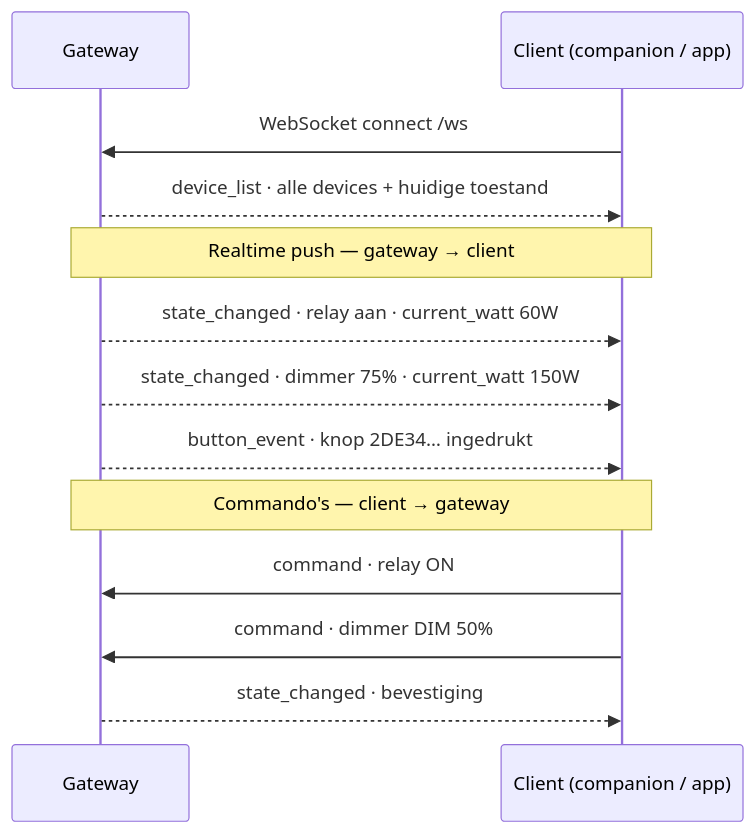
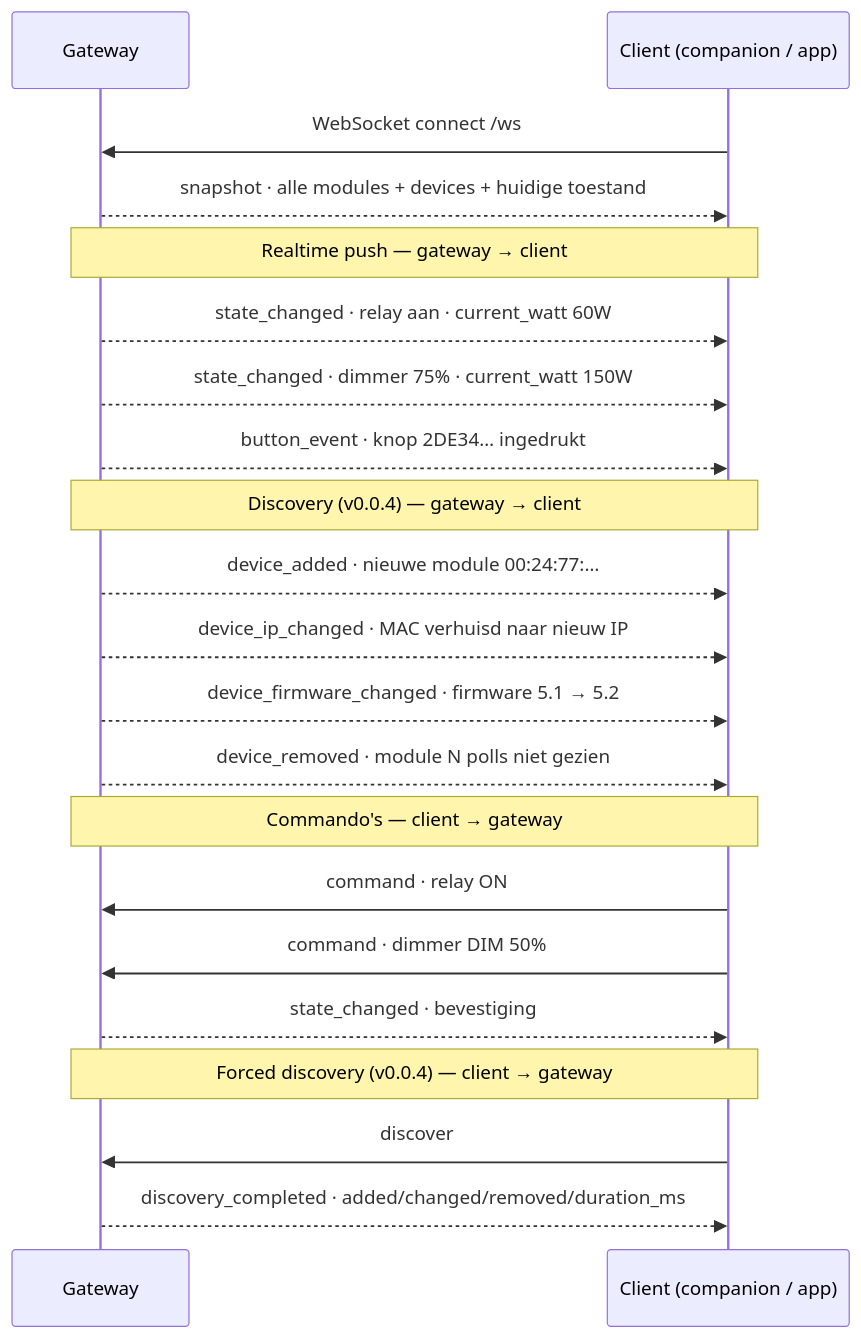
The third of 4 diagrams in ARCHITECTURE.md (markminnoye/IPBuilding-Gateway), drawn with Mermaid before and after one commit. The commit also changed other lines of this file and 4 other files, not shown here.

````diff
--- a/ARCHITECTURE.md
+++ b/ARCHITECTURE.md
@@ -344,18 +380,28 @@
 ```mermaid
 sequenceDiagram
     participant GW as Gateway
     participant CL as Client (companion / app)
 
     CL->>GW: WebSocket connect /ws
-    GW-->>CL: device_list · alle devices + huidige toestand
+    GW-->>CL: snapshot · alle modules + devices + huidige toestand
 
     Note over GW,CL: Realtime push — gateway → client
     GW-->>CL: state_changed · relay aan · current_watt 60W
     GW-->>CL: state_changed · dimmer 75% · current_watt 150W
     GW-->>CL: button_event · knop 2DE34… ingedrukt
 
+    Note over GW,CL: Discovery (v0.0.4) — gateway → client
+    GW-->>CL: device_added · nieuwe module 00:24:77:…
+    GW-->>CL: device_ip_changed · MAC verhuisd naar nieuw IP
+    GW-->>CL: device_firmware_changed · firmware 5.1 → 5.2
+    GW-->>CL: device_removed · module N polls niet gezien
+
     Note over GW,CL: Commando's — client → gateway
     CL->>GW: command · relay ON
     CL->>GW: command · dimmer DIM 50%
     GW-->>CL: state_changed · bevestiging
+
+    Note over GW,CL: Forced discovery (v0.0.4) — client → gateway
+    CL->>GW: discover
+    GW-->>CL: discovery_completed · added/changed/removed/duration_ms
 ```
````
